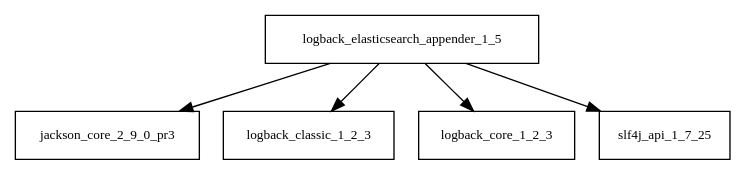
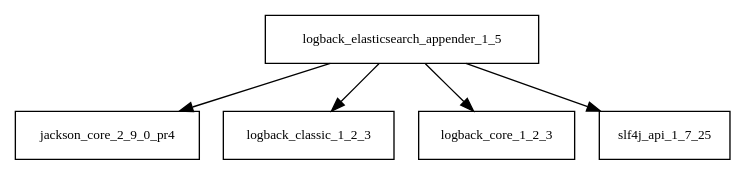
The diagram in tattleTaleReport/graphviz/logback-elasticsearch-appender-1.5.jar/logback-elasticsearch-appender-1.5.jar.dot (AglaianWoman/cia), drawn with Graphviz before and after one commit. The commit also changed 1763 other files, not shown here.

```diff
--- a/tattleTaleReport/graphviz/logback-elasticsearch-appender-1.5.jar/logback-elasticsearch-appender-1.5.jar.dot
+++ b/tattleTaleReport/graphviz/logback-elasticsearch-appender-1.5.jar/logback-elasticsearch-appender-1.5.jar.dot
@@ -1,7 +1,7 @@
 digraph logback_elasticsearch_appender_1_5_dependencies {
   node [shape = box, fontsize=10.0];
-  logback_elasticsearch_appender_1_5 -> jackson_core_2_9_0_pr3;
+  logback_elasticsearch_appender_1_5 -> jackson_core_2_9_0_pr4;
   logback_elasticsearch_appender_1_5 -> logback_classic_1_2_3;
   logback_elasticsearch_appender_1_5 -> logback_core_1_2_3;
   logback_elasticsearch_appender_1_5 -> slf4j_api_1_7_25;
 }
```
